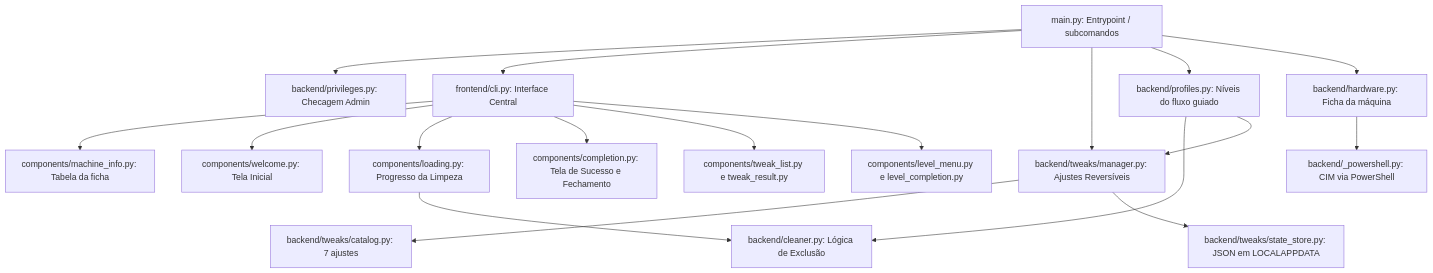
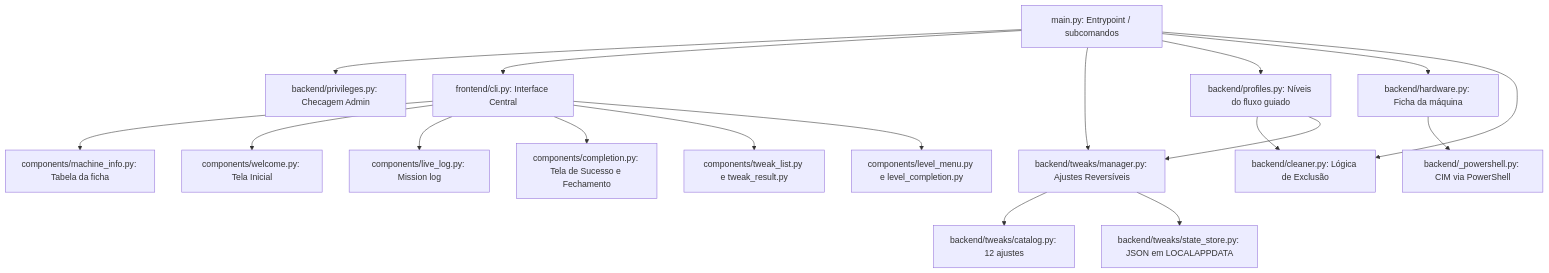
The first of 5 diagrams in docs/funcionamento.md (Grolla05/System_Boost), drawn with Mermaid before and after one commit. The commit also changed other lines of this file and 36 other files, not shown here.

````diff
--- a/docs/funcionamento.md
+++ b/docs/funcionamento.md
@@ -11,20 +11,20 @@
 ```mermaid
 graph TD
     A[main.py: Entrypoint / subcomandos] --> B[backend/privileges.py: Checagem Admin]
     A --> C[frontend/cli.py: Interface Central]
     A --> H[backend/tweaks/manager.py: Ajustes Reversíveis]
     A --> L[backend/profiles.py: Níveis do fluxo guiado]
     A --> N[backend/hardware.py: Ficha da máquina]
     N --> O[backend/_powershell.py: CIM via PowerShell]
     C --> P[components/machine_info.py: Tabela da ficha]
     C --> D[components/welcome.py: Tela Inicial]
-    C --> E[components/loading.py: Progresso da Limpeza]
+    C --> E[components/live_log.py: Mission log]
     C --> F[components/completion.py: Tela de Sucesso e Fechamento]
     C --> I[components/tweak_list.py e tweak_result.py]
     C --> M[components/level_menu.py e level_completion.py]
-    E --> G[backend/cleaner.py: Lógica de Exclusão]
-    H --> J[backend/tweaks/catalog.py: 7 ajustes]
+    A --> G[backend/cleaner.py: Lógica de Exclusão]
+    H --> J[backend/tweaks/catalog.py: 12 ajustes]
     H --> K[backend/tweaks/state_store.py: JSON em LOCALAPPDATA]
     L --> G
     L --> H
 ```
````
